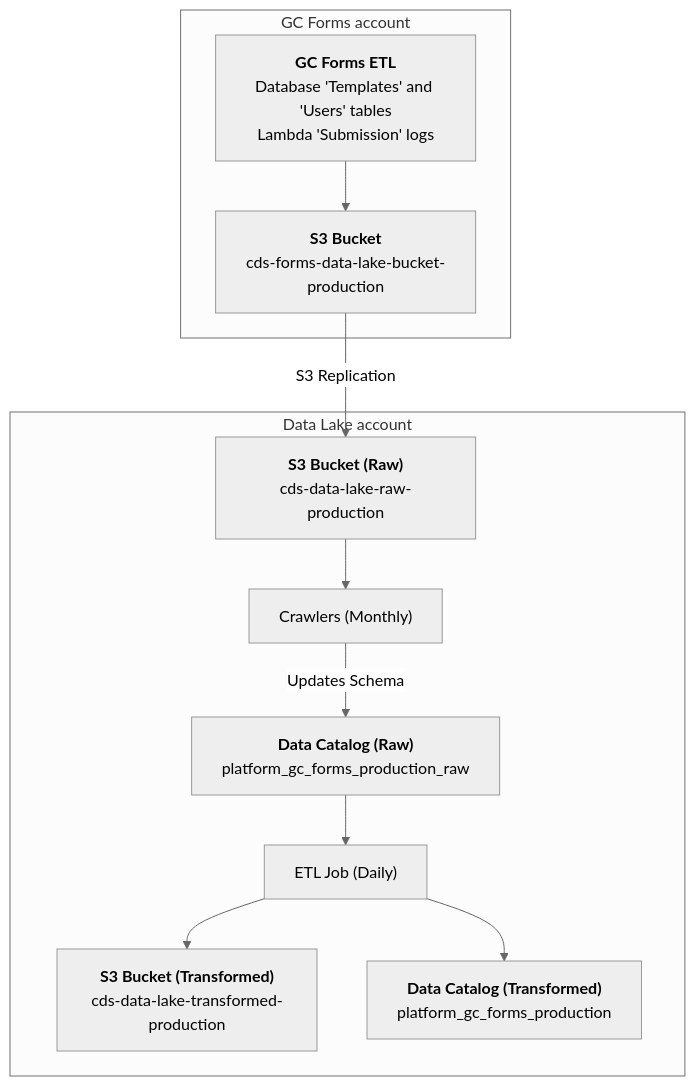
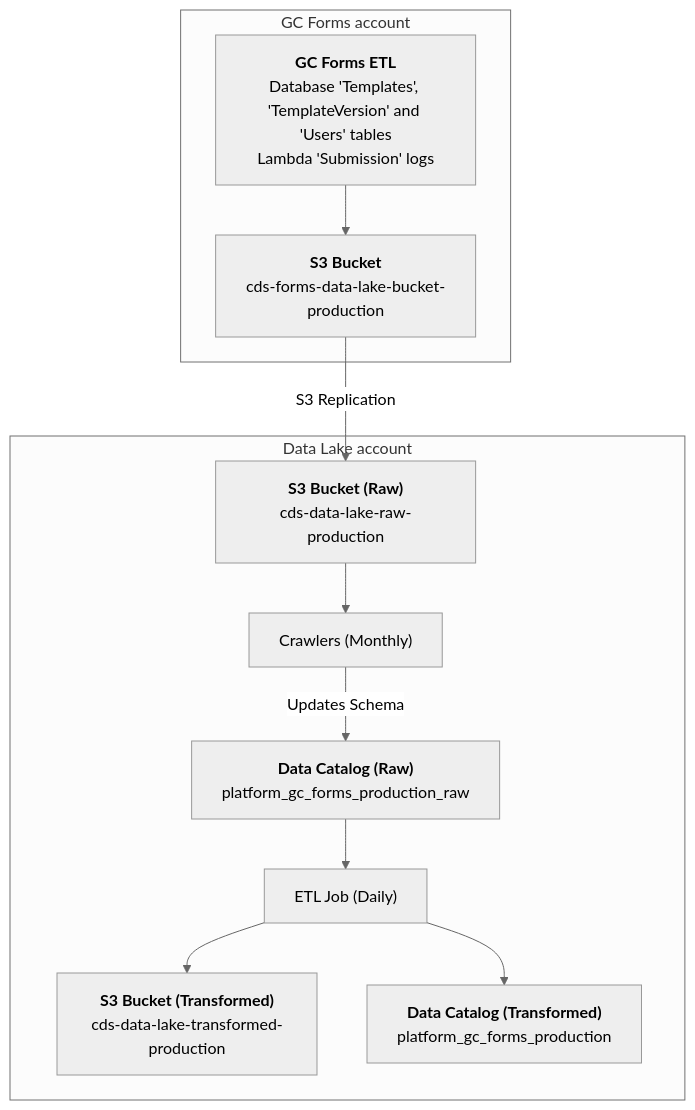
Before and after one commit to cds-snc/data-lake: the diagram in docs/data/pipelines/platform/gc-forms/templates.md, drawn with Mermaid (neutral theme). The commit also changed other lines of this file and 5 other files, not shown here.

First line of the commit message:
feat: add new Forms templateVersions table to ETL (#761)

````diff
--- a/docs/data/pipelines/platform/gc-forms/templates.md
+++ b/docs/data/pipelines/platform/gc-forms/templates.md
@@ -72,31 +79,31 @@
 ```mermaid
 graph TD
     %% Source Systems
-    FormsETL["`**GC Forms ETL**<br/>Database 'Templates' and 'Users' tables<br/>Lambda 'Submission' logs`"]
+    FormsETL["`**GC Forms ETL**<br/>Database 'Templates', 'TemplateVersion' and 'Users' tables<br/>Lambda 'Submission' logs`"]
     
     %% Storage
     FormsS3["`**S3 Bucket**<br/>cds-forms-data-lake-bucket-production`"]
     RawS3["`**S3 Bucket (Raw)**<br/>cds-data-lake-raw-production`"]
     TransS3["`**S3 Bucket (Transformed)**<br/>cds-data-lake-transformed-production`"]
     
     %% Processing
     Crawlers["Crawlers (Monthly)"]
     CatalogRaw["`**Data Catalog (Raw)**<br/>platform_gc_forms_production_raw`"]
     CatalogTransformed["`**Data Catalog (Transformed)**<br/>platform_gc_forms_production`"]
     ETL["ETL Job (Daily)"]
 
     %% Flow
     subgraph org[GC Forms account]
         FormsETL --> FormsS3
     end
 
     FormsS3 --> |S3 Replication|RawS3
 
     subgraph datalake[Data Lake account]
         RawS3 --> Crawlers
         Crawlers --> |Updates Schema|CatalogRaw
         CatalogRaw --> ETL
         ETL --> TransS3
         ETL --> CatalogTransformed
     end
 ```
````
